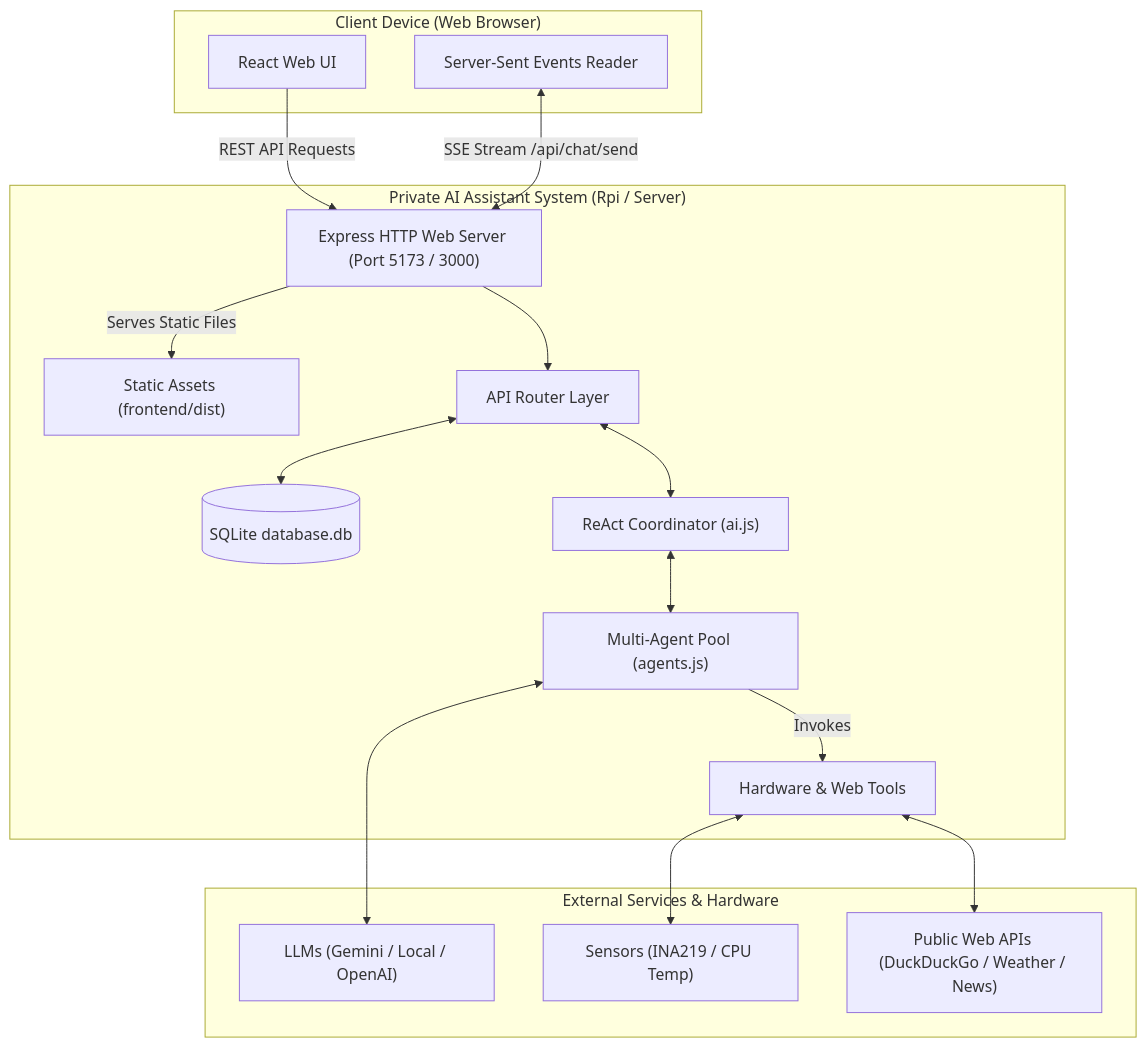
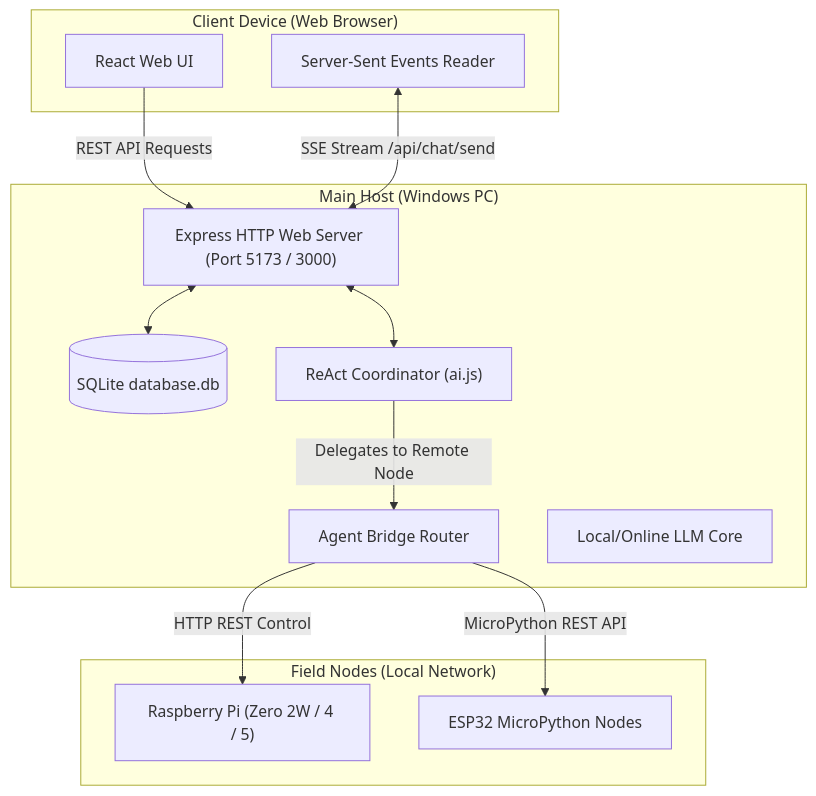
The diagram in README.md (jjuhric/private_ai), drawn with Mermaid before and after one commit. The commit also changed other lines of this file and 3 other files, not shown here.

````diff
--- a/README.md
+++ b/README.md
@@ -13,35 +13,28 @@
 ```mermaid
 graph TB
     subgraph Client ["Client Device (Web Browser)"]
         UI["React Web UI"]
         SSE_Conn["Server-Sent Events Reader"]
     end
 
-    subgraph Service ["Private AI Assistant System (Rpi / Server)"]
+    subgraph MainHost ["Main Host (Windows PC)"]
         WebServer["Express HTTP Web Server (Port 5173 / 3000)"]
-        Static["Static Assets (frontend/dist)"]
-        APIRouter["API Router Layer"]
         Database[("SQLite database.db")]
         Coord["ReAct Coordinator (ai.js)"]
-        Agents["Multi-Agent Pool (agents.js)"]
-        Tools["Hardware & Web Tools"]
+        Bridge["Agent Bridge Router"]
+        LLM["Local/Online LLM Core"]
     end
 
-    subgraph External ["External Services & Hardware"]
-        LLM["LLMs (Gemini / Local / OpenAI)"]
-        Sensors["Sensors (INA219 / CPU Temp)"]
-        APIs["Public Web APIs (DuckDuckGo / Weather / News)"]
+    subgraph FieldNodes ["Field Nodes (Local Network)"]
+        RPi["Raspberry Pi (Zero 2W / 4 / 5)"]
+        ESP["ESP32 MicroPython Nodes"]
     end
 
     UI -->|REST API Requests| WebServer
     SSE_Conn <-->|SSE Stream /api/chat/send| WebServer
-    WebServer -->|Serves Static Files| Static
-    WebServer --> APIRouter
-    APIRouter <--> Database
-    APIRouter <--> Coord
-    Coord <--> Agents
-    Agents <--> LLM
-    Agents -->|Invokes| Tools
-    Tools <--> Sensors
-    Tools <--> APIs
+    WebServer <--> Database
+    WebServer <--> Coord
+    Coord -->|Delegates to Remote Node| Bridge
+    Bridge -->|HTTP REST Control| RPi
+    Bridge -->|MicroPython REST API| ESP
 ```
````
